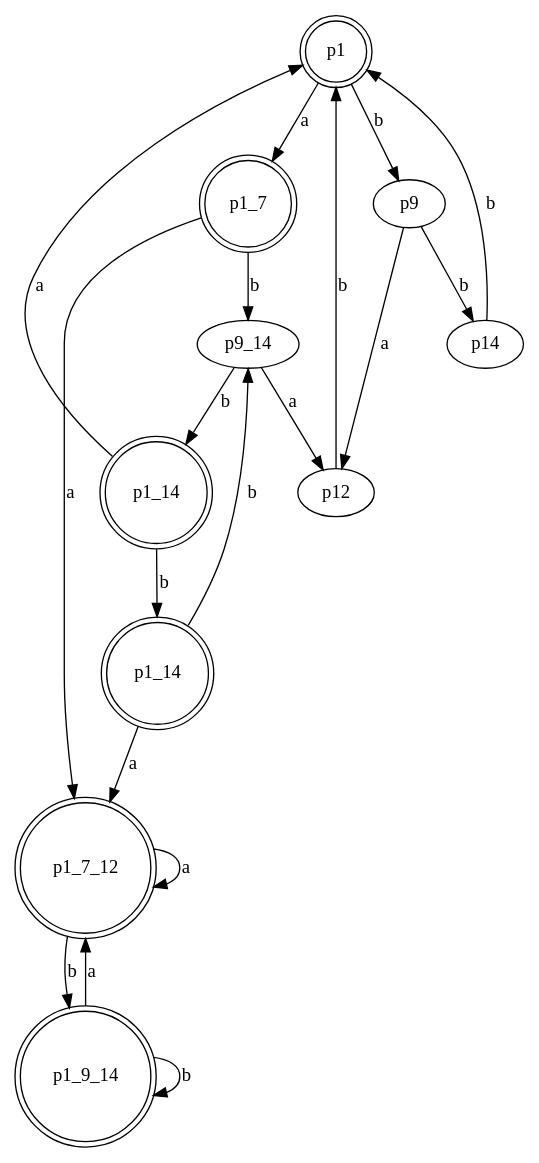
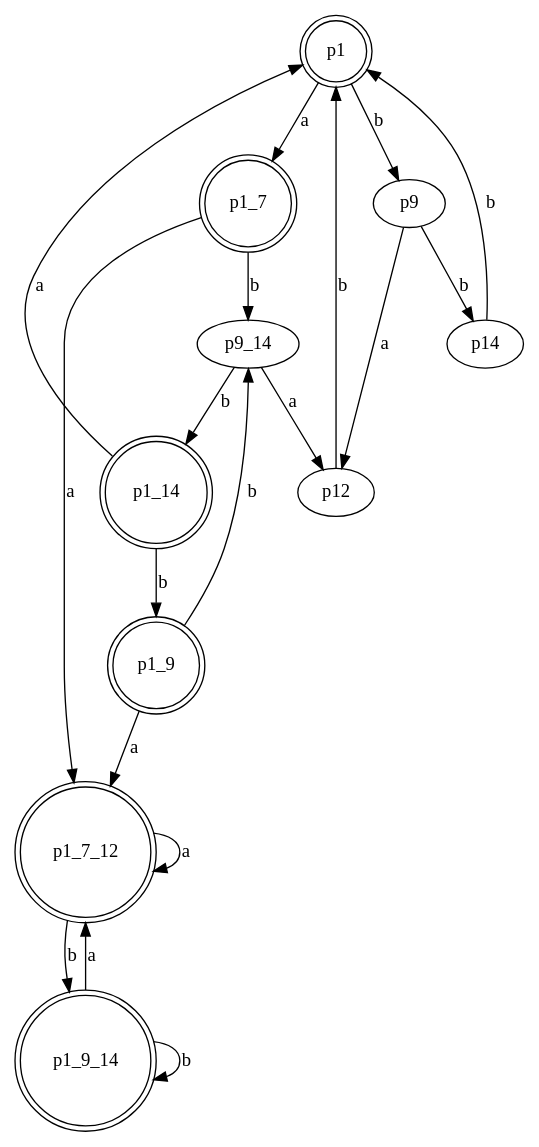
The diagram in Task3/3_3(final).gv (NRU-MPEI-IMAI/git-Edmelissa), drawn with Graphviz before and after one commit.

```diff
--- a/Task3/3_3(final).gv
+++ b/Task3/3_3(final).gv
@@ -1,41 +1,41 @@
 digraph G 
 {
     n1 [label = p1, shape = doublecircle]
     n1_7 [label = p1_7, shape = doublecircle]
-    n1_9 [label = p1_14, shape = doublecircle]
+    n1_9 [label = p1_9, shape = doublecircle]
     n1_14 [label = p1_14, shape = doublecircle]
     n1_7_12 [label = p1_7_12, shape = doublecircle]
     n1_9_14 [label = p1_9_14, shape = doublecircle]
     n9 [label = p9]
     n9_14 [label = p9_14]
     n12 [label = p12]
     n14 [label = p14]
 	
     n1 -> n1_7 [label = "a"]
     n1 -> n9 [label = "b"]
     
     n1_7 -> n1_7_12 [label = "a"]
     n1_7 -> n9_14 [label = "b"]
     
     n9 -> n12 [label = "a"]
     n9 -> n14 [label = "b"]
     
     n1_7_12 -> n1_7_12 [label = "a"]
     n1_7_12 -> n1_9_14 [label = "b"]
     
     n9_14 -> n12 [label = "a"]
     n9_14 -> n1_14 [label = "b"]
     
     n12 -> n1 [label = "b"]
     
     n14 -> n1 [label = "b"]
     
     n1_9_14 -> n1_7_12 [label = "a"]
     n1_9_14 -> n1_9_14 [label = "b"]
     
     n1_14 -> n1 [label = "a"]
     n1_14 -> n1_9 [label = "b"]
     
     n1_9 -> n1_7_12 [label = "a"]
     n1_9 -> n9_14 [label = "b"]
 }
```
